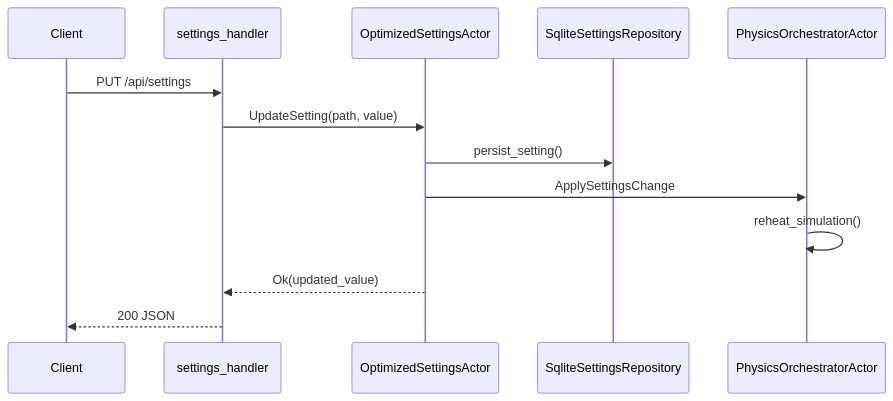
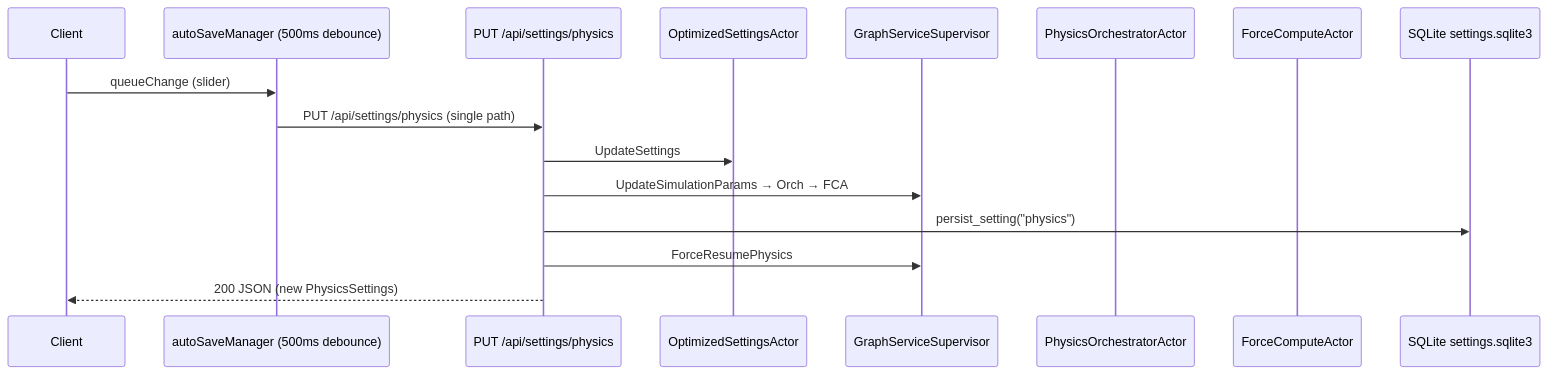
The third of 4 diagrams in docs/architecture/visionclaw-rust-backend.md (shaneholloman/logseq-spring-thing), drawn with Mermaid before and after one commit. The commit also changed other lines of this file and 24 other files, not shown here.

````diff
--- a/docs/architecture/visionclaw-rust-backend.md
+++ b/docs/architecture/visionclaw-rust-backend.md
@@ -161,16 +166,19 @@
 ```mermaid
 sequenceDiagram
     participant UI as Client
-    participant API as settings_handler
+    participant ASM as autoSaveManager (500ms debounce)
+    participant HTTP as PUT /api/settings/physics
     participant OSA as OptimizedSettingsActor
-    participant Settings as SqliteSettingsRepository
-    participant PO as PhysicsOrchestratorActor
+    participant GSS as GraphServiceSupervisor
+    participant Orch as PhysicsOrchestratorActor
+    participant FCA as ForceComputeActor
+    participant SQLite as SQLite settings.sqlite3
 
-    UI->>API: PUT /api/settings
-    API->>OSA: UpdateSetting(path, value)
-    OSA->>Settings: persist_setting()
-    OSA->>PO: ApplySettingsChange
-    PO->>PO: reheat_simulation()
-    OSA-->>API: Ok(updated_value)
-    API-->>UI: 200 JSON
+    UI->>ASM: queueChange (slider)
+    ASM->>HTTP: PUT /api/settings/physics (single path)
+    HTTP->>OSA: UpdateSettings
+    HTTP->>GSS: UpdateSimulationParams → Orch → FCA
+    HTTP->>SQLite: persist_setting("physics")
+    HTTP->>GSS: ForceResumePhysics
+    HTTP-->>UI: 200 JSON (new PhysicsSettings)
 ```
````
